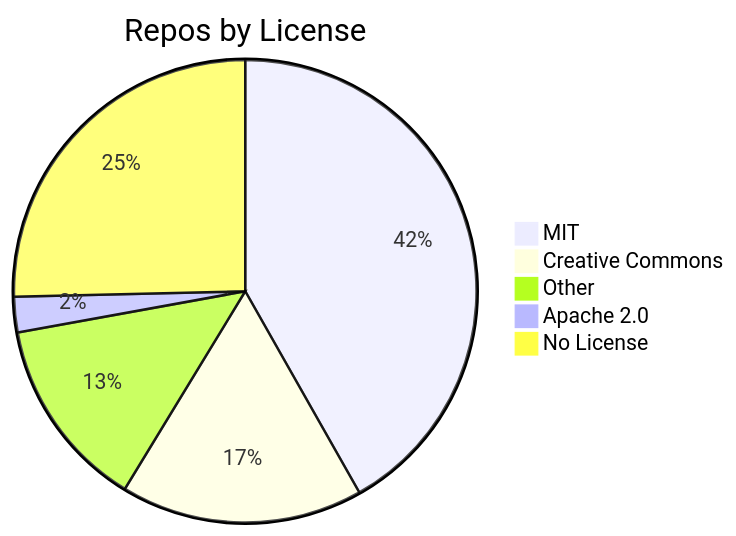
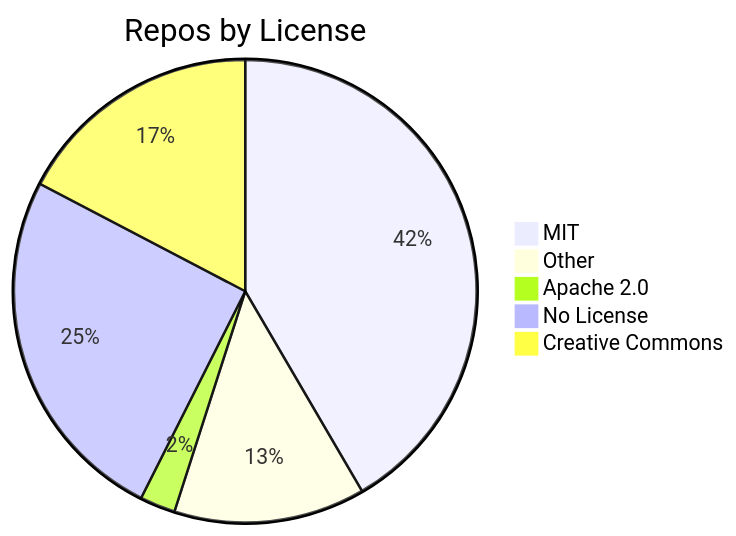
The diagram in README.md (jpatterson933/awesome-mcp-server-repo-index), drawn with Mermaid before and after one commit. The commit also changed other lines of this file and 7 other files, not shown here.

````diff
--- a/README.md
+++ b/README.md
@@ -31,8 +31,8 @@
 ```mermaid
 pie title Repos by License
     "MIT" : 84
-    "Creative Commons" : 34
     "Other" : 27
     "Apache 2.0" : 5
     "No License" : 51
+    "Creative Commons" : 35
 ```
````
